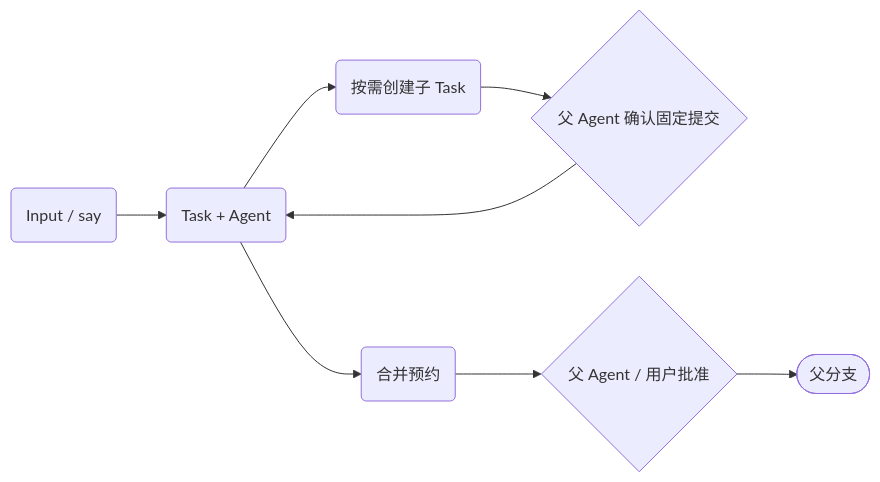
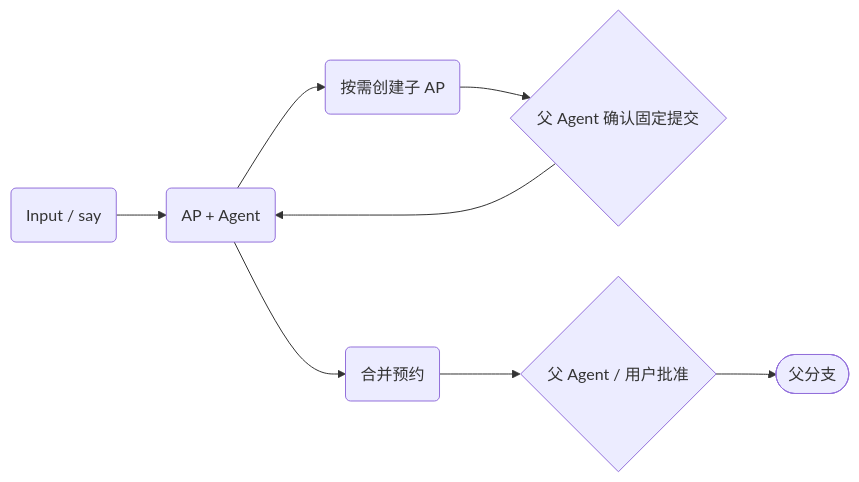
The diagram in docs/core-architecture.md (Loyage/lush), drawn with Mermaid before and after one commit. The commit also changed other lines of this file and 59 other files, not shown here.

First line of the commit message:
docs: Task 正式改名为 agent-process，正文统一用 AP

````diff
--- a/docs/core-architecture.md
+++ b/docs/core-architecture.md
@@ -22,10 +22,10 @@
 ```mermaid
 flowchart LR
-    input("Input / say") --> task("Task + Agent")
-    task --> child("按需创建子 Task")
+    input("Input / say") --> ap("AP + Agent")
+    ap --> child("按需创建子 AP")
     child --> confirm{"父 Agent 确认固定提交"}
-    confirm --> task
-    task --> request("合并预约")
+    confirm --> ap
+    ap --> request("合并预约")
     request --> approve{"父 Agent / 用户批准"}
     approve --> target(["父分支"])
 ```
````
